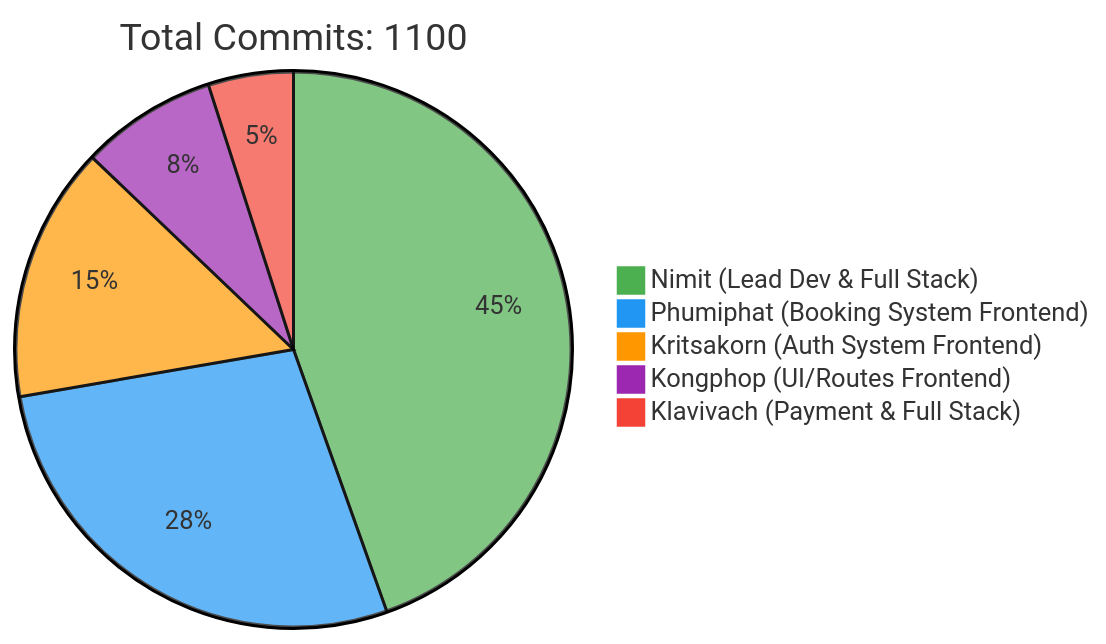
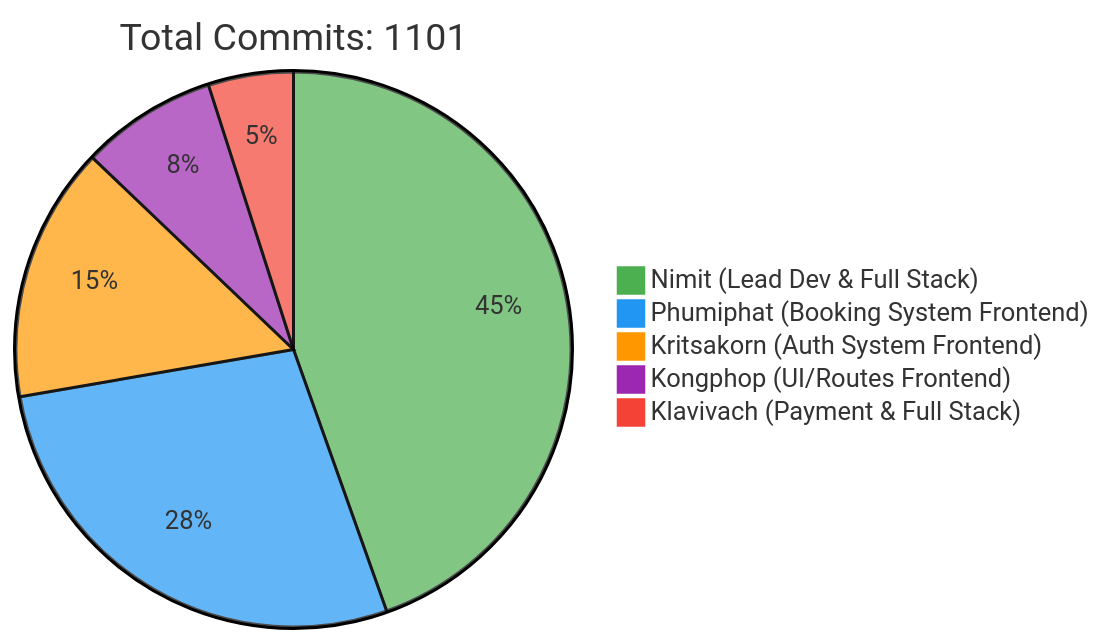
Before and after one commit to 6531503042/Sport-Complex: the first of 2 diagrams in README.md, drawn with Mermaid. The commit also changed other lines of this file, not shown here.

Commit message:
docs: Update contributor statistics [skip ci]

````diff
--- a/README.md
+++ b/README.md
@@ -257,10 +257,10 @@
 ```mermaid
 %%{init: {'theme': 'base', 'themeVariables': { 'pie1': '#4CAF50', 'pie2': '#2196F3', 'pie3': '#FF9800', 'pie4': '#9C27B0', 'pie5': '#F44336'}}}%%
 pie
-    title Total Commits: 1100
+    title Total Commits: 1101
     "Nimit (Lead Dev & Full Stack)" : 450
     "Phumiphat (Booking System Frontend)" : 280
     "Kritsakorn (Auth System Frontend)" : 150
     "Kongphop (UI/Routes Frontend)" : 80
     "Klavivach (Payment & Full Stack)" : 50
 ```
````
